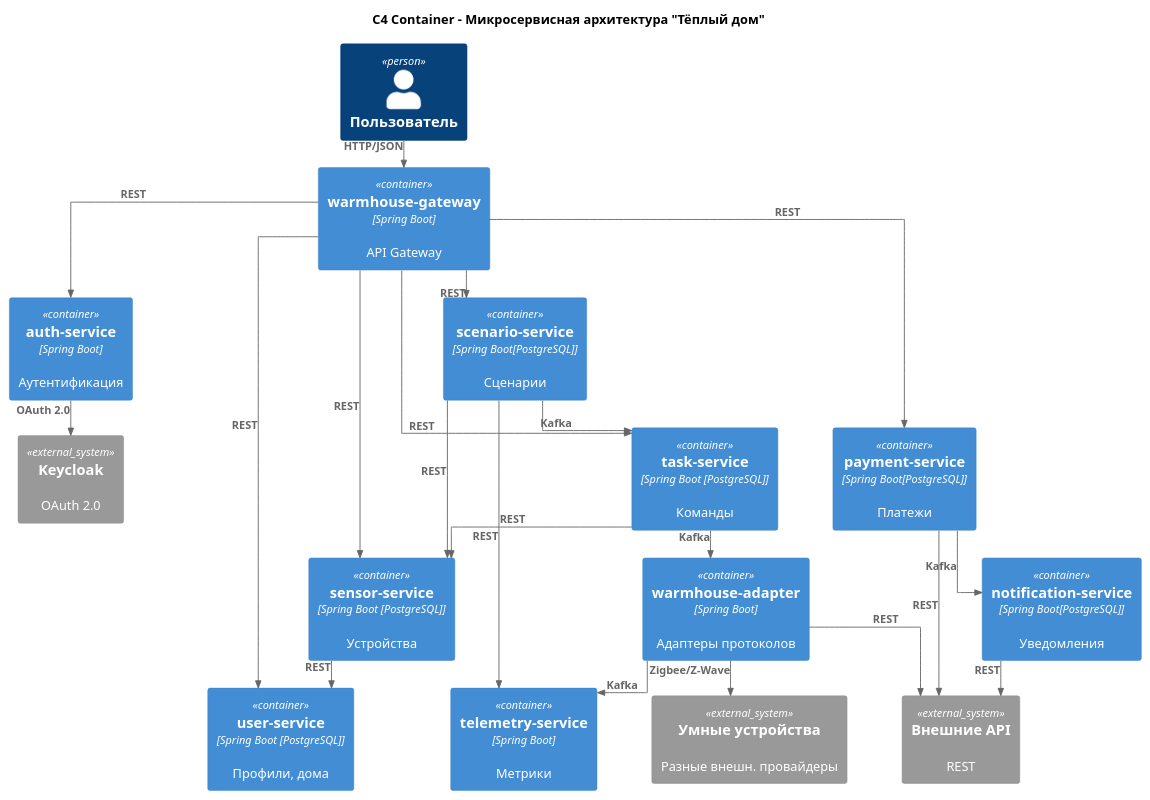
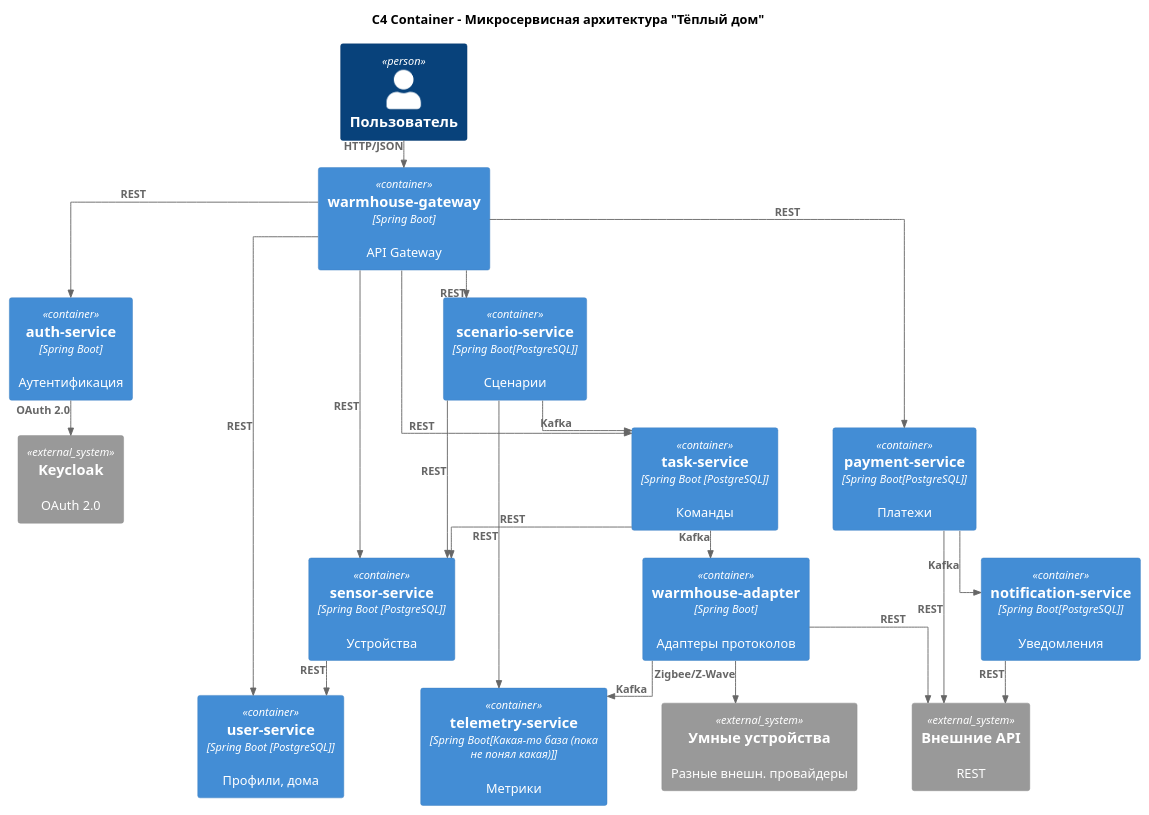
Before and after one commit to forshn/diagram: the diagram in diagrams/container/warmhouse/C4_Container_ToBe.puml, drawn with PlantUML. The commit also changed 3 other files, not shown here.

Commit message:
c4 ER diagrams

```diff
--- a/diagrams/container/warmhouse/C4_Container_ToBe.puml
+++ b/diagrams/container/warmhouse/C4_Container_ToBe.puml
@@ -1,57 +1,57 @@
 @startuml C4_Container
 
 !includeurl https://raw.githubusercontent.com/RicardoNiepel/C4-PlantUML/master/C4_Component.puml
 
 skinparam linetype ortho
 skinparam nodesep 60
 skinparam ranksep 30
 
 title C4 Container - Микросервисная архитектура "Тёплый дом"
 
 Person(user, "Пользователь")
 
 Container(gateway, "warmhouse-gateway", "Spring Boot", "API Gateway")
 
 Container(authService, "auth-service", "Spring Boot", "Аутентификация")
 Container(userService, "user-service", "Spring Boot [PostgreSQL]", "Профили, дома")
 Container(sensorService, "sensor-service", "Spring Boot [PostgreSQL]", "Устройства")
 
 Container(taskService, "task-service", "Spring Boot [PostgreSQL]", "Команды")
 Container(scenarioService, "scenario-service", "Spring Boot[PostgreSQL]", "Сценарии")
-Container(telemetryService, "telemetry-service", "Spring Boot", "Метрики")
+Container(telemetryService, "telemetry-service", "Spring Boot[Какая-то база (пока не понял какая)]", "Метрики")
 
 Container(adapterService, "warmhouse-adapter", "Spring Boot", "Адаптеры протоколов")
 Container(paymentService, "payment-service", "Spring Boot[PostgreSQL]", "Платежи")
 Container(notificationService, "notification-service", "Spring Boot[PostgreSQL]", "Уведомления")
 
 System_Ext(keycloak, "Keycloak", "OAuth 2.0")
 System_Ext(externalApi, "Внешние API", "REST")
 System_Ext(devices, "Умные устройства", "Разные внешн. провайдеры")
 
 Rel(user, gateway, "HTTP/JSON")
 
 Rel(gateway, authService, "REST")
 Rel(gateway, userService, "REST")
 Rel(gateway, sensorService, "REST")
 Rel(gateway, taskService, "REST")
 Rel(gateway, scenarioService, "REST")
 Rel(gateway, paymentService, "REST")
 
 Rel(authService, keycloak, "OAuth 2.0")
 
 Rel(sensorService, userService, "REST")
 Rel(taskService, sensorService, "REST")
 Rel(scenarioService, sensorService, "REST")
 Rel(scenarioService, telemetryService, "REST")
 
 Rel(taskService, adapterService, "Kafka")
 Rel(adapterService, telemetryService, "Kafka")
 Rel(scenarioService, taskService, "Kafka")
 Rel(paymentService, notificationService, "Kafka")
 
 Rel(adapterService, devices, "Zigbee/Z-Wave")
 Rel(adapterService, externalApi, "REST")
 Rel(paymentService, externalApi, "REST")
 Rel(notificationService, externalApi, "REST")
 
 @enduml
```
